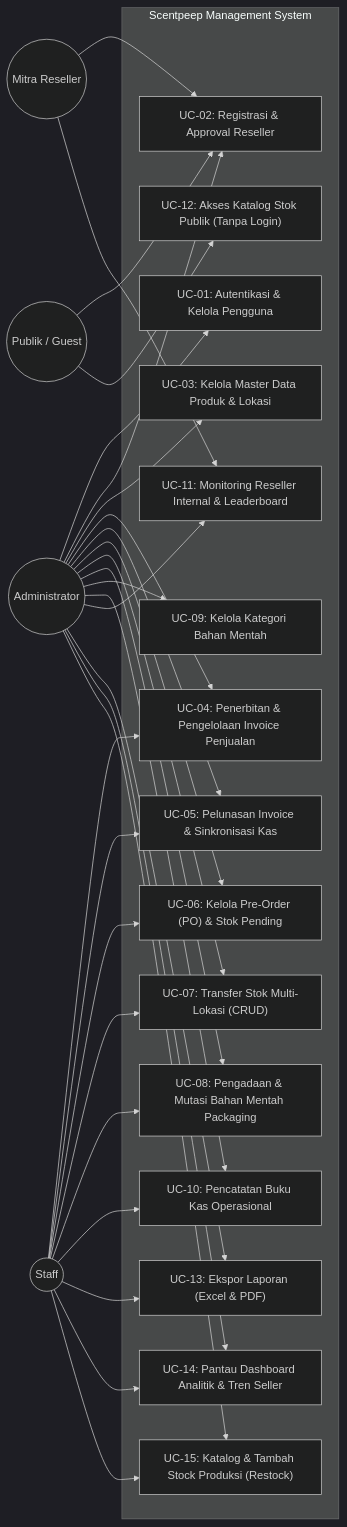
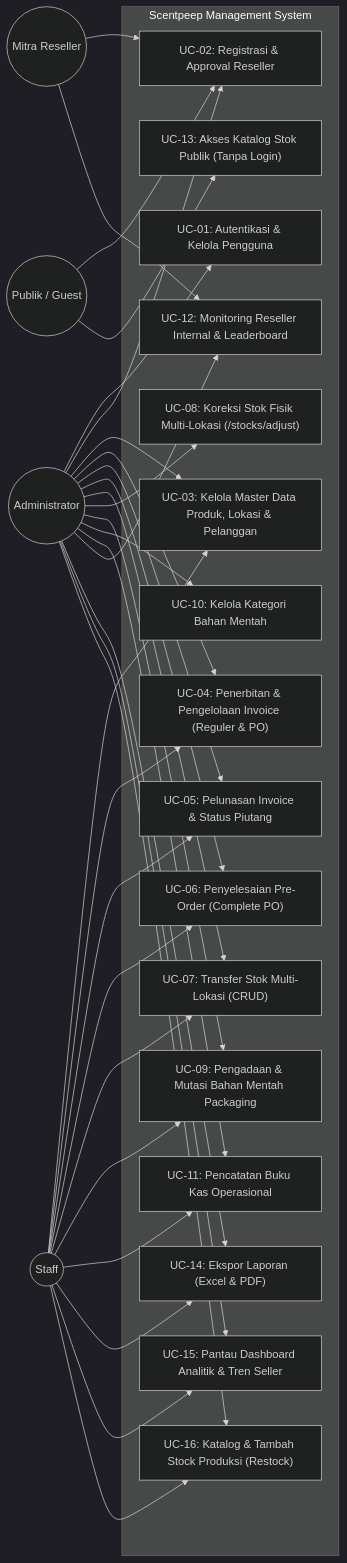
One commit to FatsyahRGT/scentpeep changed the diagram in docs/USE_CASE.md. Above: the diagram before and after it, drawn with Mermaid (dark theme). The commit also changed other lines of this file and 13 other files, not shown here.

Commit message:
docs: synchronize all documentation and architecture diagrams to v3.2 release

````diff
--- a/docs/USE_CASE.md
+++ b/docs/USE_CASE.md
@@ -9,62 +9,65 @@
 ```mermaid
 flowchart LR
     %% Aktor
     Admin((Administrator))
     Staff((Staff))
     Reseller((Mitra Reseller))
     Guest((Publik / Guest))
 
     %% Boundary Sistem
     subgraph System ["Scentpeep Management System"]
         UC1["UC-01: Autentikasi & Kelola Pengguna"]
         UC2["UC-02: Registrasi & Approval Reseller"]
-        UC3["UC-03: Kelola Master Data Produk & Lokasi"]
-        UC4["UC-04: Penerbitan & Pengelolaan Invoice Penjualan"]
-        UC5["UC-05: Pelunasan Invoice & Sinkronisasi Kas"]
-        UC6["UC-06: Kelola Pre-Order (PO) & Stok Pending"]
+        UC3["UC-03: Kelola Master Data Produk, Lokasi & Pelanggan"]
+        UC4["UC-04: Penerbitan & Pengelolaan Invoice (Reguler & PO)"]
+        UC5["UC-05: Pelunasan Invoice & Status Piutang"]
+        UC6["UC-06: Penyelesaian Pre-Order (Complete PO)"]
         UC7["UC-07: Transfer Stok Multi-Lokasi (CRUD)"]
-        UC8["UC-08: Pengadaan & Mutasi Bahan Mentah Packaging"]
-        UC9["UC-09: Kelola Kategori Bahan Mentah"]
-        UC10["UC-10: Pencatatan Buku Kas Operasional"]
-        UC11["UC-11: Monitoring Reseller Internal & Leaderboard"]
-        UC12["UC-12: Akses Katalog Stok Publik (Tanpa Login)"]
-        UC13["UC-13: Ekspor Laporan (Excel & PDF)"]
-        UC14["UC-14: Pantau Dashboard Analitik & Tren Seller"]
-        UC15["UC-15: Katalog & Tambah Stock Produksi (Restock)"]
+        UC8["UC-08: Koreksi Stok Fisik Multi-Lokasi (/stocks/adjust)"]
+        UC9["UC-09: Pengadaan & Mutasi Bahan Mentah Packaging"]
+        UC10["UC-10: Kelola Kategori Bahan Mentah"]
+        UC11["UC-11: Pencatatan Buku Kas Operasional"]
+        UC12["UC-12: Monitoring Reseller Internal & Leaderboard"]
+        UC13["UC-13: Akses Katalog Stok Publik (Tanpa Login)"]
+        UC14["UC-14: Ekspor Laporan (Excel & PDF)"]
+        UC15["UC-15: Pantau Dashboard Analitik & Tren Seller"]
+        UC16["UC-16: Katalog & Tambah Stock Produksi (Restock)"]
     end
 
     %% Relasi Admin
     Admin --> UC1
     Admin --> UC2
     Admin --> UC3
     Admin --> UC4
     Admin --> UC5
     Admin --> UC6
     Admin --> UC7
     Admin --> UC8
     Admin --> UC9
     Admin --> UC10
     Admin --> UC11
-    Admin --> UC13
+    Admin --> UC12
     Admin --> UC14
     Admin --> UC15
+    Admin --> UC16
 
     %% Relasi Staff
+    Staff --> UC3
     Staff --> UC4
     Staff --> UC5
     Staff --> UC6
     Staff --> UC7
-    Staff --> UC8
-    Staff --> UC10
-    Staff --> UC13
+    Staff --> UC9
+    Staff --> UC11
     Staff --> UC14
     Staff --> UC15
+    Staff --> UC16
 
     %% Relasi Reseller
     Reseller --> UC2
-    Reseller --> UC11
+    Reseller --> UC12
 
     %% Relasi Guest
     Guest --> UC2
-    Guest --> UC12
+    Guest --> UC13
 ```
````
